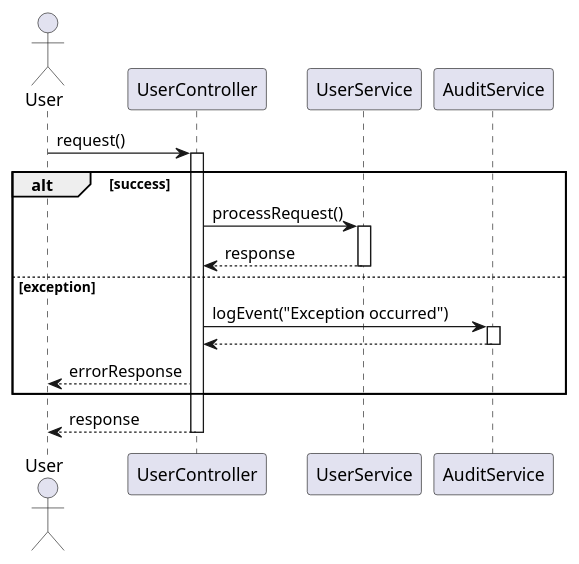
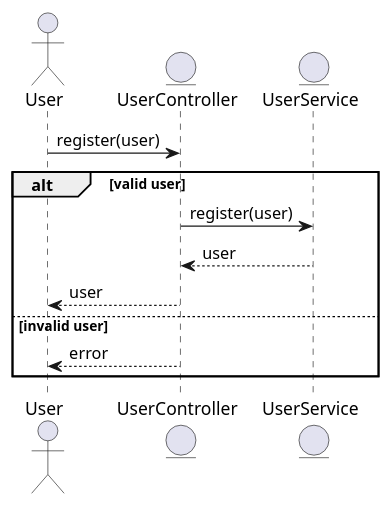
Before and after one commit to Dinesh-s95/AutoDoc.ai: the fifth of 6 diagrams in identityprovider/documentation/detaileddesign.adoc, drawn with PlantUML. The commit also changed other lines of this file and 4 other files, not shown here.

```diff
--- a/identityprovider/documentation/detaileddesign.adoc
+++ b/identityprovider/documentation/detaileddesign.adoc
@@ -414,28 +370,17 @@
 [plantuml, exception-handling-flow, png]
 ----
 @startuml
 actor User
-participant UserController
-participant UserService
-participant AuditService
+entity UserController
+entity UserService
 
-User -> UserController : request()
-activate UserController
-
-alt success
-  UserController -> UserService : processRequest()
-  activate UserService
-  UserService --> UserController : response
-  deactivate UserService
-else exception
-  UserController -> AuditService : logEvent("Exception occurred")
-  activate AuditService
-  AuditService --> UserController
-  deactivate AuditService
-  UserController --> User : errorResponse
+User -> UserController : register(user)
+alt valid user
+  UserController -> UserService : register(user)
+  UserService --> UserController : user
+  UserController --> User : user
+else invalid user
+  UserController --> User : error
 end
-
-UserController --> User : response
-deactivate UserController
 @enduml
 ----
```
